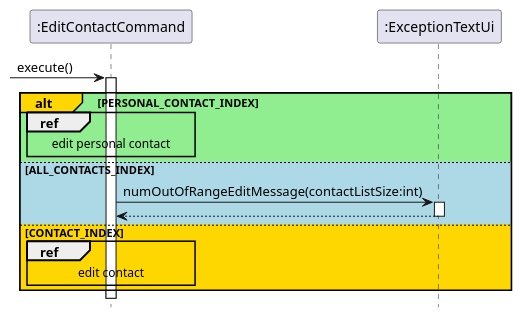
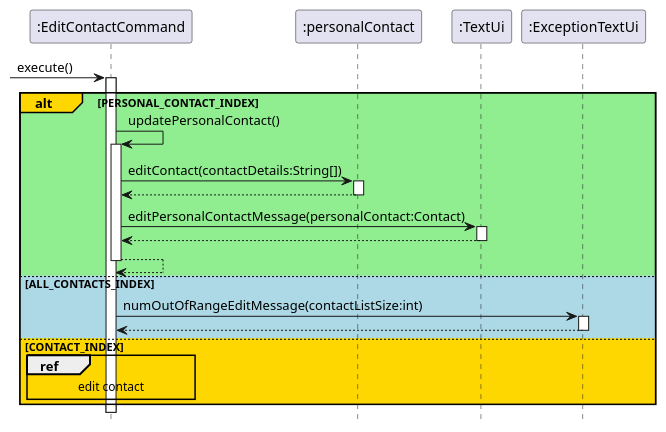
Before and after one commit to nus-cs2113-AY2122S1/tp: the diagram in docs/diagrams/EditContactCommand.puml, drawn with PlantUML.

Commit message:
Unabstract Personal Contact Edit Command

```diff
--- a/docs/diagrams/EditContactCommand.puml
+++ b/docs/diagrams/EditContactCommand.puml
@@ -1,22 +1,34 @@
 @startuml
 hide footbox
 'https://plantuml.com/sequence-diagram
 
 -> ":EditContactCommand": execute()
 activate ":EditContactCommand"
 
 alt#gold #lightgreen PERSONAL_CONTACT_INDEX
-    ref over ":EditContactCommand", ":EditContactCommand" :edit personal contact
+    ":EditContactCommand" -> ":EditContactCommand":updatePersonalContact()
+    activate ":EditContactCommand"
+    ":EditContactCommand" -> ":personalContact":editContact(contactDetails:String[])
+    activate ":personalContact"
+    ":personalContact" --> ":EditContactCommand":
+    deactivate ":personalContact"
+    ":EditContactCommand" -> ":TextUi":editPersonalContactMessage(personalContact:Contact)
+    activate ":TextUi"
+    ":TextUi" --> ":EditContactCommand":
+    deactivate ":TextUi"
+    ":EditContactCommand" --> ":EditContactCommand":
+    deactivate ":EditContactCommand"
+
 
 else #lightblue ALL_CONTACTS_INDEX
     ":EditContactCommand" -> ":ExceptionTextUi":numOutOfRangeEditMessage(contactListSize:int)
     activate ":ExceptionTextUi"
     ":ExceptionTextUi" --> ":EditContactCommand":
     deactivate ":ExceptionTextUi"
 
 else #gold CONTACT_INDEX
    ref over ":EditContactCommand", ":EditContactCommand" :edit contact
 end
 
 
 @enduml
```
